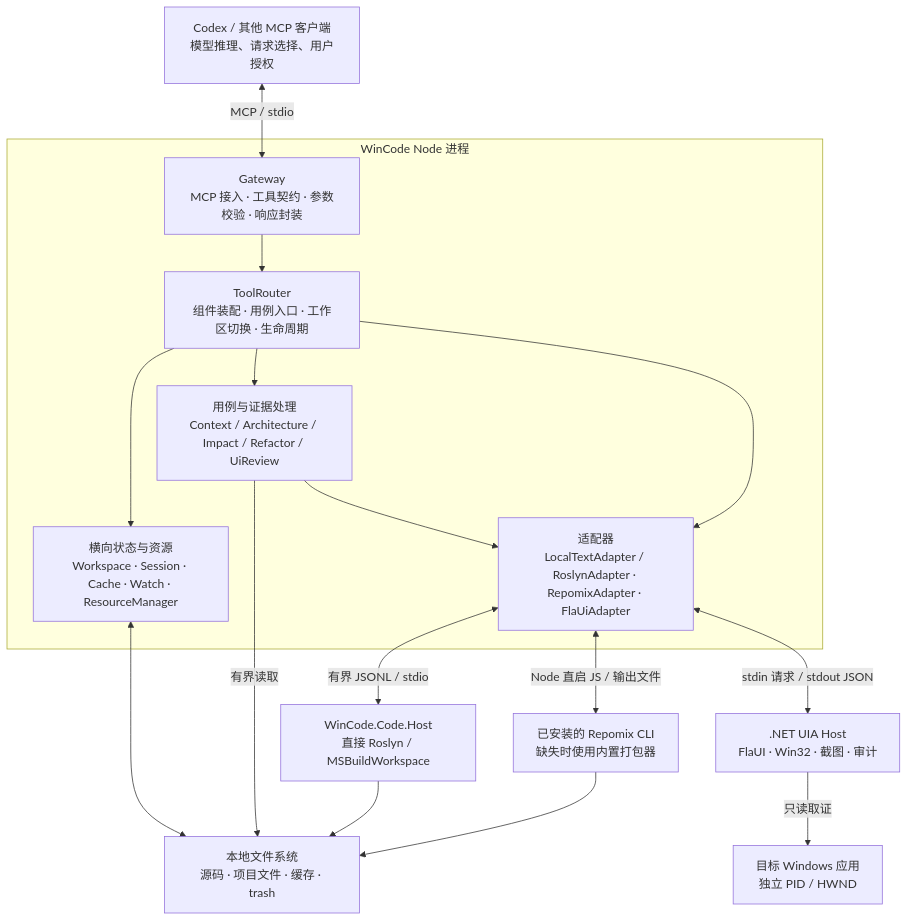
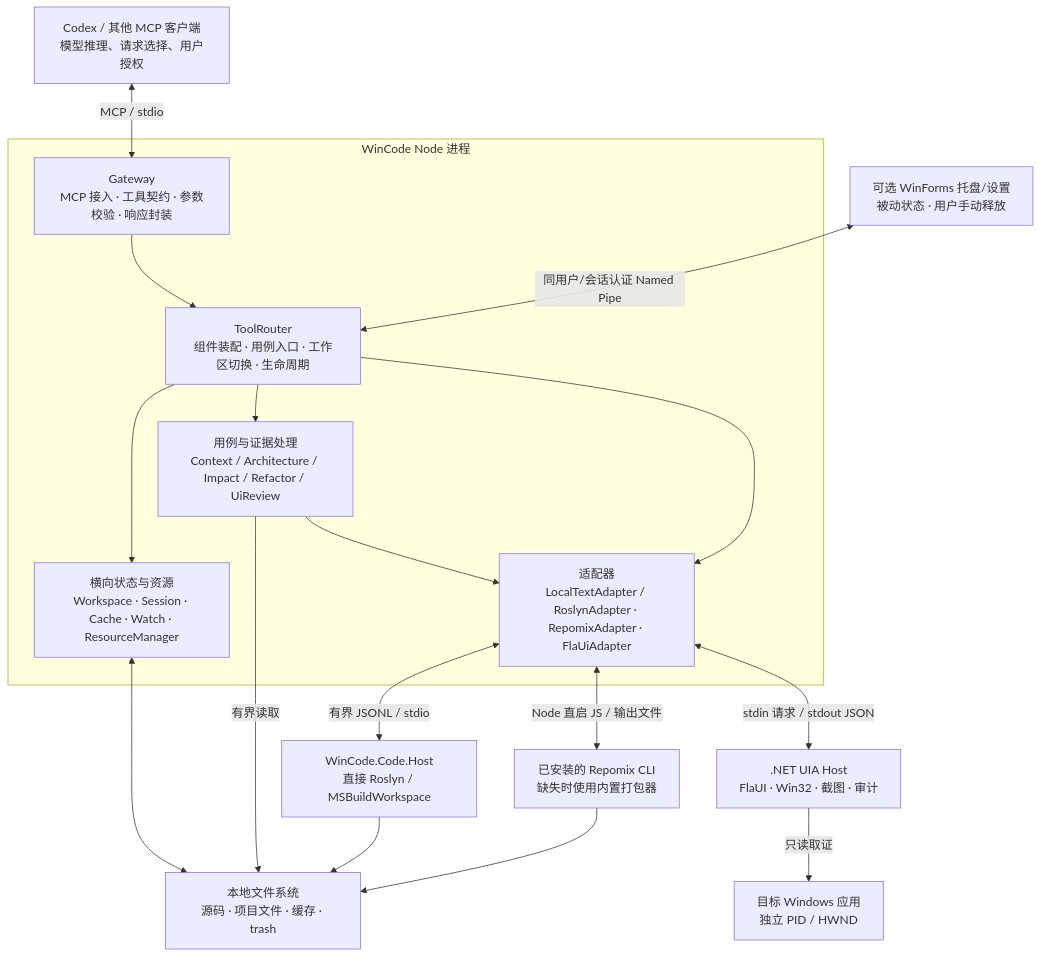
One commit to linnnn89/WinCode changed the first of 5 diagrams in WinCode-架构与数据流说明.md. Above: the diagram before and after it, drawn with Mermaid. The commit also changed other lines of this file and 33 other files, not shown here.

````diff
--- a/WinCode-架构与数据流说明.md
+++ b/WinCode-架构与数据流说明.md
@@ -13,25 +13,26 @@
 ```mermaid
 flowchart TB
   Client["Codex / 其他 MCP 客户端\n模型推理、请求选择、用户授权"]
   subgraph Node["WinCode Node 进程"]
     Gate["Gateway\nMCP 接入 · 工具契约 · 参数校验 · 响应封装"]
     Router["ToolRouter\n组件装配 · 用例入口 · 工作区切换 · 生命周期"]
     Use["用例与证据处理\nContext / Architecture / Impact / Refactor / UiReview"]
     State["横向状态与资源\nWorkspace · Session · Cache · Watch · ResourceManager"]
     Adapters["适配器\nLocalTextAdapter / RoslynAdapter · RepomixAdapter · FlaUiAdapter"]
     Gate --> Router
     Router --> Use
     Router --> State
     Use --> Adapters
     Router --> Adapters
   end
   Client <-->|"MCP / stdio"| Gate
   Adapters <-->|"有界 JSONL / stdio"| CodeHost["WinCode.Code.Host\n直接 Roslyn / MSBuildWorkspace"]
   Adapters <-->|"Node 直启 JS / 输出文件"| Repomix["已安装的 Repomix CLI\n缺失时使用内置打包器"]
   Adapters <-->|"stdin 请求 / stdout JSON"| Host[".NET UIA Host\nFlaUI · Win32 · 截图 · 审计"]
   Host -->|"只读取证"| App["目标 Windows 应用\n独立 PID / HWND"]
   State <--> Disk["本地文件系统\n源码 · 项目文件 · 缓存 · trash"]
+  Tray["可选 WinForms 托盘/设置\n被动状态 · 用户手动释放"] <-->|"同用户/会话认证 Named Pipe"| Router
   Use -->|"有界读取"| Disk
   CodeHost --> Disk
   Repomix --> Disk
 ```
````
